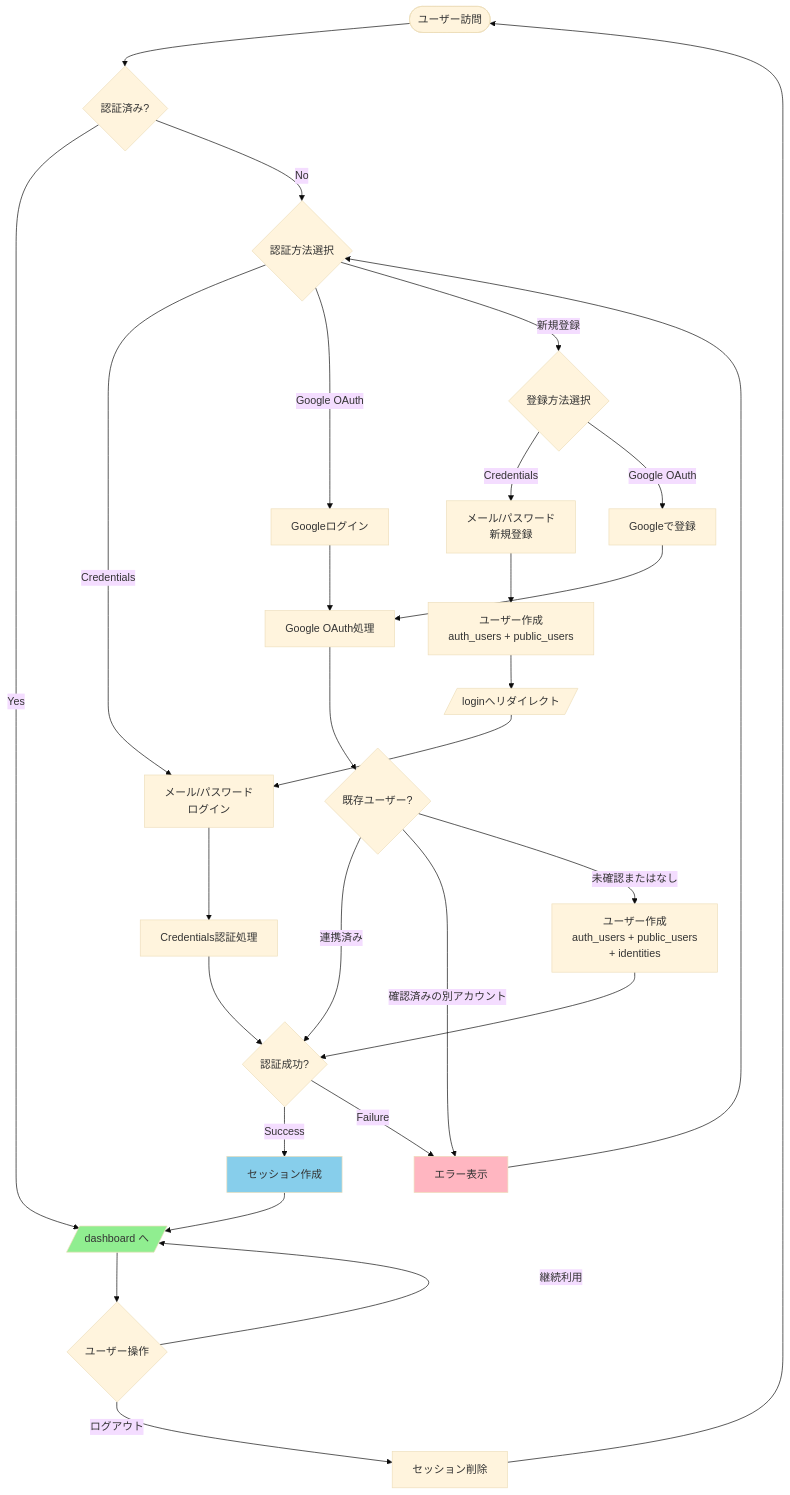
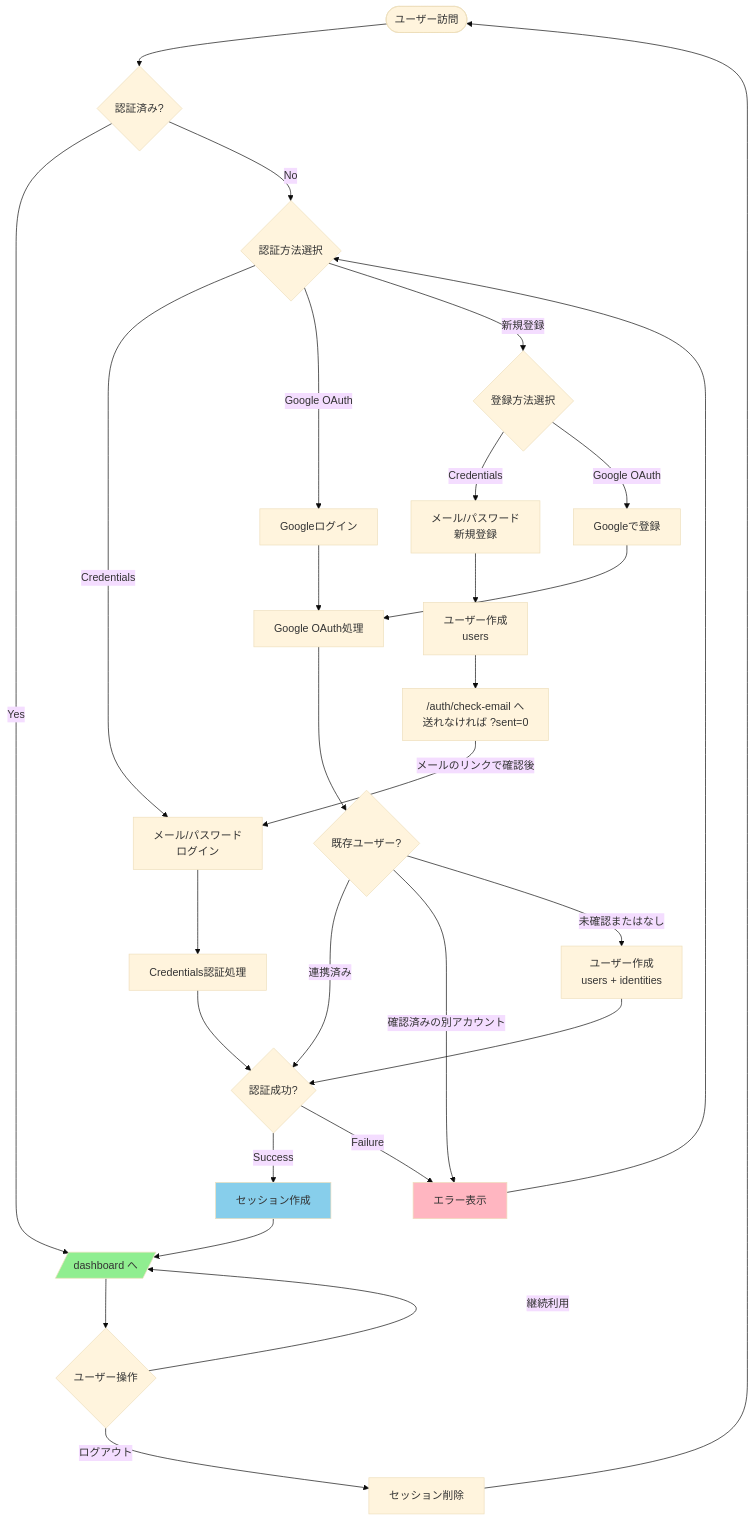
Before and after one commit to kazumadev619-dev/FishingConditionsApp: the first of 11 diagrams in docs/reference/authentication-diagrams.md, drawn with Mermaid (base theme). The commit also changed other lines of this file and 6 other files, not shown here.

````diff
--- a/docs/reference/authentication-diagrams.md
+++ b/docs/reference/authentication-diagrams.md
@@ -13,46 +13,46 @@
 ```mermaid
 flowchart TD
     Start([ユーザー訪問]) --> CheckAuth{認証済み?}
 
     CheckAuth -->|Yes| Dashboard[/dashboard へ/]
     CheckAuth -->|No| LoginChoice{認証方法選択}
 
     LoginChoice -->|Credentials| CredLogin[メール/パスワード<br/>ログイン]
     LoginChoice -->|Google OAuth| GoogleLogin[Googleログイン]
     LoginChoice -->|新規登録| RegisterChoice{登録方法選択}
 
     RegisterChoice -->|Credentials| CredRegister[メール/パスワード<br/>新規登録]
     RegisterChoice -->|Google OAuth| GoogleRegister[Googleで登録]
 
     CredLogin --> CredAuth[Credentials認証処理]
     GoogleLogin --> GoogleAuth[Google OAuth処理]
 
-    CredRegister --> CreateCredUser[ユーザー作成<br/>auth_users + public_users]
+    CredRegister --> CreateCredUser[ユーザー作成<br/>users]
     GoogleRegister --> GoogleAuth
 
     GoogleAuth --> CheckExisting{既存ユーザー?}
     CheckExisting -->|連携済み| AuthSuccess
     CheckExisting -->|確認済みの別アカウント| ShowError
-    CheckExisting -->|未確認またはなし| CreateOAuthUser[ユーザー作成<br/>auth_users + public_users<br/>+ identities]
+    CheckExisting -->|未確認またはなし| CreateOAuthUser[ユーザー作成<br/>users + identities]
 
     CredAuth --> AuthSuccess{認証成功?}
-    CreateCredUser --> LoginRedirect[/loginへリダイレクト/]
+    CreateCredUser --> LoginRedirect["/auth/check-email へ<br/>送れなければ ?sent=0"]
     CreateOAuthUser --> AuthSuccess
-    LoginRedirect --> CredLogin
+    LoginRedirect -->|メールのリンクで確認後| CredLogin
 
     AuthSuccess -->|Success| CreateSession[セッション作成]
     AuthSuccess -->|Failure| ShowError[エラー表示]
 
     CreateSession --> Dashboard
     ShowError --> LoginChoice
 
     Dashboard --> UserAction{ユーザー操作}
     UserAction -->|ログアウト| Logout[セッション削除]
     UserAction -->|継続利用| Dashboard
 
     Logout --> Start
 
     style Dashboard fill:#90EE90
     style ShowError fill:#FFB6C1
     style CreateSession fill:#87CEEB
 ```
````
